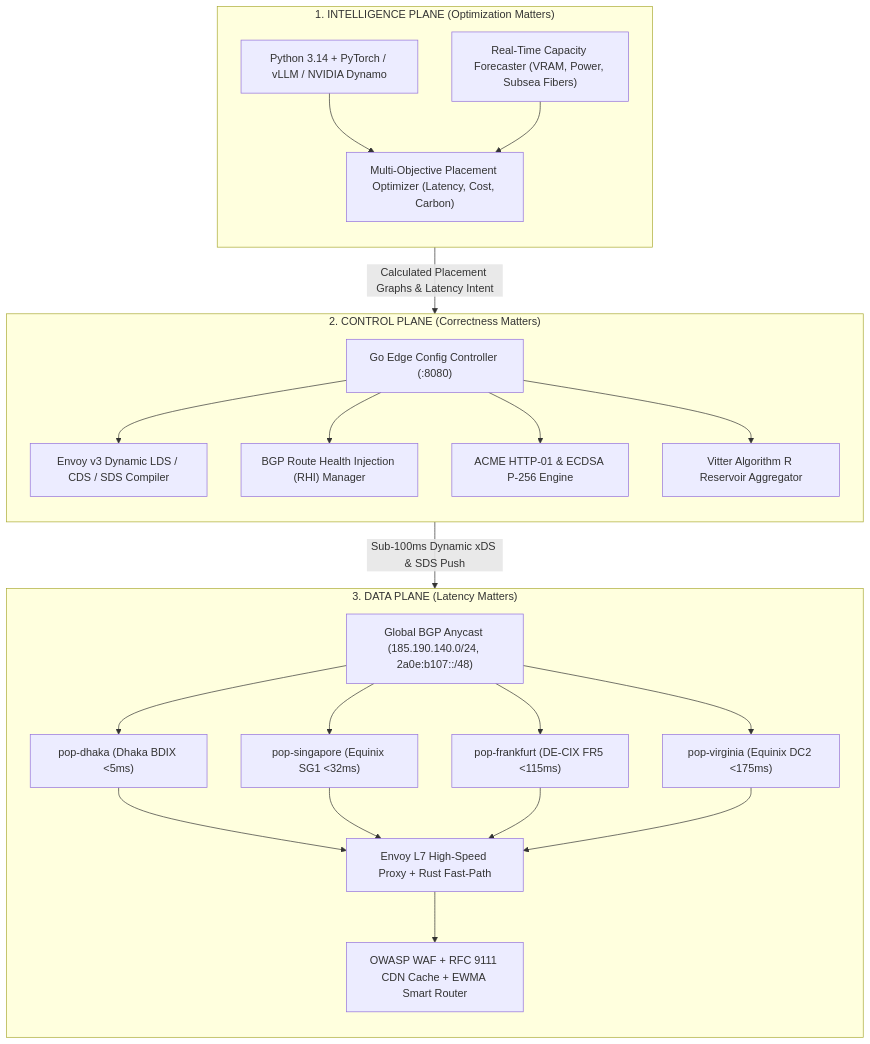
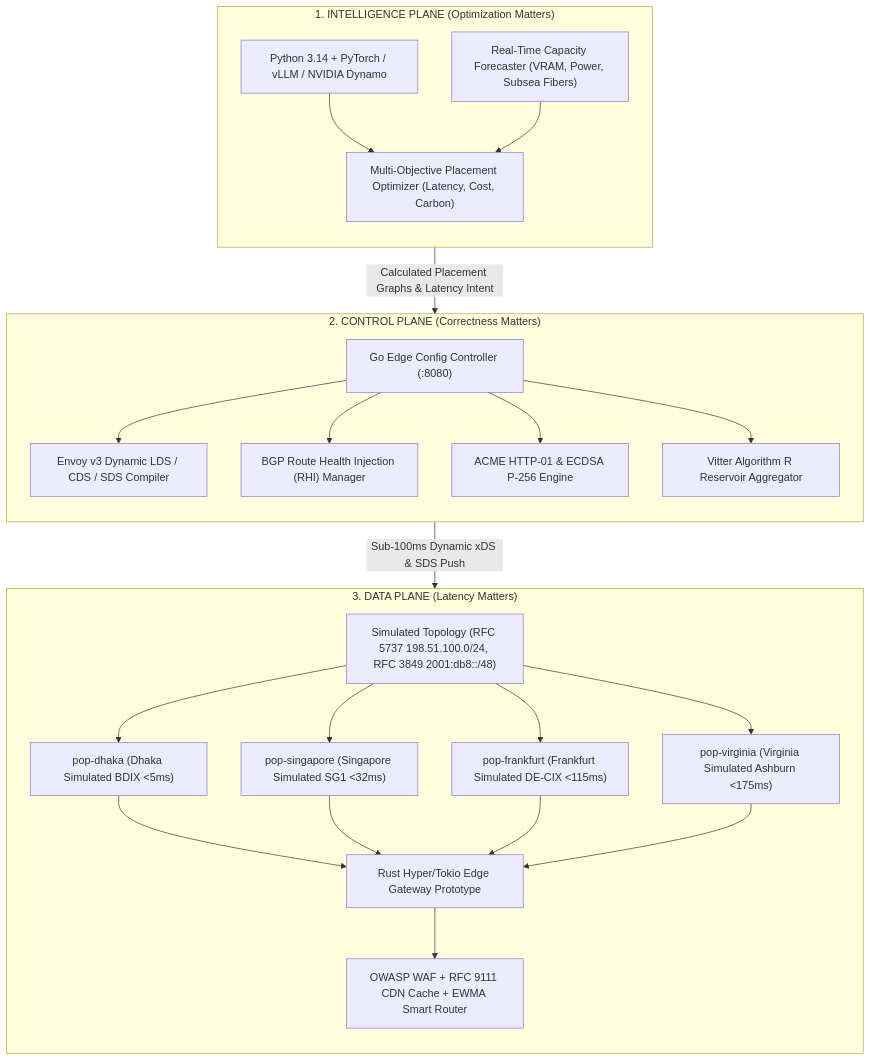
One commit to iammahmudhasan/Global-Infrastructure changed the diagram in README.md. Above: the diagram before and after it, drawn with Mermaid. The commit also changed other lines of this file and 22 other files, not shown here.

````diff
--- a/README.md
+++ b/README.md
@@ -68,48 +68,48 @@
 ```mermaid
 graph TD
     subgraph IntelligencePlane["1. INTELLIGENCE PLANE (Optimization Matters)"]
         direction TB
         PyModels["Python 3.14 + PyTorch / vLLM / NVIDIA Dynamo"]
         CapacityEngine["Real-Time Capacity Forecaster (VRAM, Power, Subsea Fibers)"]
         WorkloadOptimizer["Multi-Objective Placement Optimizer (Latency, Cost, Carbon)"]
         PyModels --> WorkloadOptimizer
         CapacityEngine --> WorkloadOptimizer
     end
 
     subgraph ControlPlane["2. CONTROL PLANE (Correctness Matters)"]
         direction TB
         EdgeController["Go Edge Config Controller (:8080)"]
         Compiler["Envoy v3 Dynamic LDS / CDS / SDS Compiler"]
         AnycastManager["BGP Route Health Injection (RHI) Manager"]
         CertManager["ACME HTTP-01 & ECDSA P-256 Engine"]
         AnalyticsStore["Vitter Algorithm R Reservoir Aggregator"]
         EdgeController --> Compiler
         EdgeController --> AnycastManager
         EdgeController --> CertManager
         EdgeController --> AnalyticsStore
     end
 
     subgraph DataPlane["3. DATA PLANE (Latency Matters)"]
         direction TB
-        AnycastBGP["Global BGP Anycast (185.190.140.0/24, 2a0e:b107::/48)"]
-        PoPDhaka["pop-dhaka (Dhaka BDIX <5ms)"]
-        PoPSG["pop-singapore (Equinix SG1 <32ms)"]
-        PoPFRA["pop-frankfurt (DE-CIX FR5 <115ms)"]
-        PoPIAD["pop-virginia (Equinix DC2 <175ms)"]
-        EnvoyL7["Envoy L7 High-Speed Proxy + Rust Fast-Path"]
+        AnycastBGP["Simulated Topology (RFC 5737 198.51.100.0/24, RFC 3849 2001:db8::/48)"]
+        PoPDhaka["pop-dhaka (Dhaka Simulated BDIX <5ms)"]
+        PoPSG["pop-singapore (Singapore Simulated SG1 <32ms)"]
+        PoPFRA["pop-frankfurt (Frankfurt Simulated DE-CIX <115ms)"]
+        PoPIAD["pop-virginia (Virginia Simulated Ashburn <175ms)"]
+        RustGateway["Rust Hyper/Tokio Edge Gateway Prototype"]
         FastPathEngine["OWASP WAF + RFC 9111 CDN Cache + EWMA Smart Router"]
         
         AnycastBGP --> PoPDhaka
         AnycastBGP --> PoPSG
         AnycastBGP --> PoPFRA
         AnycastBGP --> PoPIAD
-        PoPDhaka --> EnvoyL7
-        PoPSG --> EnvoyL7
-        PoPFRA --> EnvoyL7
-        PoPIAD --> EnvoyL7
-        EnvoyL7 --> FastPathEngine
+        PoPDhaka --> RustGateway
+        PoPSG --> RustGateway
+        PoPFRA --> RustGateway
+        PoPIAD --> RustGateway
+        RustGateway --> FastPathEngine
     end
 
     IntelligencePlane -->|Calculated Placement Graphs & Latency Intent| ControlPlane
     ControlPlane -->|Sub-100ms Dynamic xDS & SDS Push| DataPlane
 ```
````
